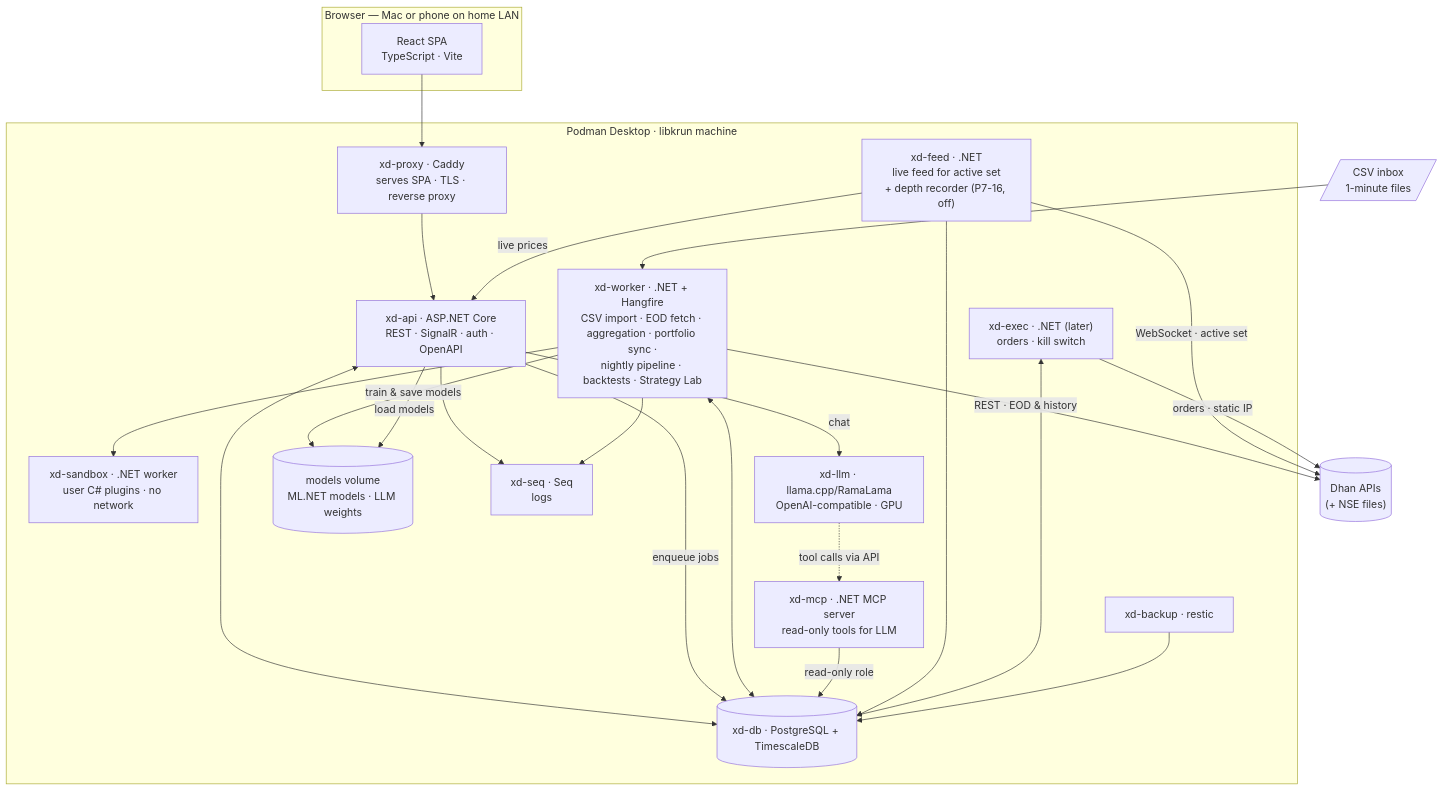
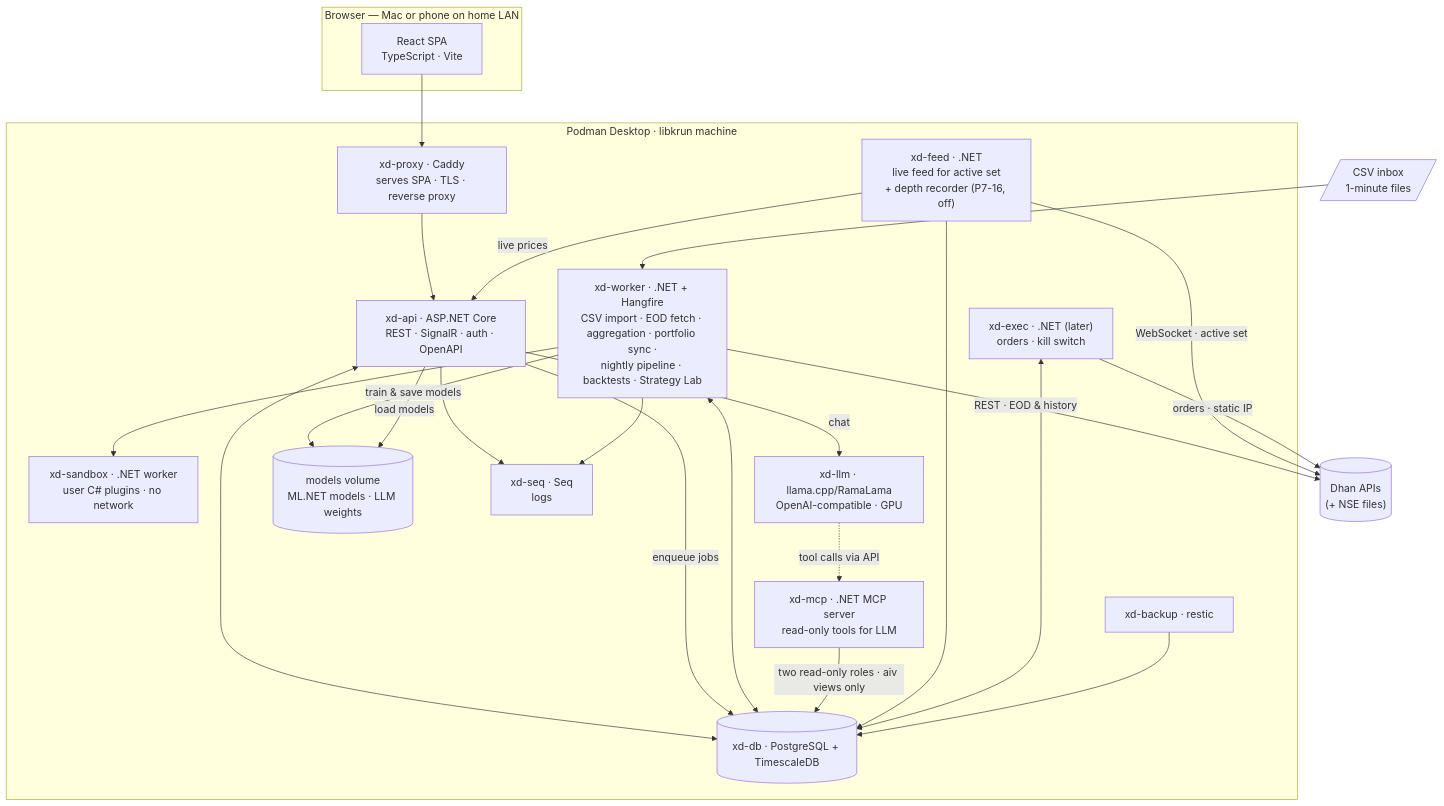
Before and after one commit to hemsingh81/xDrishti: the first of 2 diagrams in docs/design/03-target-architecture.md, drawn with Mermaid. The commit also changed other lines of this file and 117 other files, not shown here.

First line of the commit message:
P9-02: xd-mcp read-only tool server, two read-only database roles and the aiv views (ADR 0137)

````diff
--- a/docs/design/03-target-architecture.md
+++ b/docs/design/03-target-architecture.md
@@ -12,44 +12,44 @@
 ```mermaid
 flowchart TB
     subgraph Browser["Browser — Mac or phone on home LAN"]
         WEB["React SPA<br/>TypeScript · Vite"]
     end
 
     subgraph Podman["Podman Desktop · libkrun machine"]
         PROXY["xd-proxy · Caddy<br/>serves SPA · TLS · reverse proxy"]
         API["xd-api · ASP.NET Core<br/>REST · SignalR · auth · OpenAPI"]
         WORKER["xd-worker · .NET + Hangfire<br/>CSV import · EOD fetch · aggregation · portfolio sync ·<br/>nightly pipeline · backtests · Strategy Lab"]
         SANDBOX["xd-sandbox · .NET worker<br/>user C# plugins · no network"]
         MCP["xd-mcp · .NET MCP server<br/>read-only tools for LLM"]
         LLM["xd-llm · llama.cpp/RamaLama<br/>OpenAI-compatible · GPU"]
         DB[("xd-db · PostgreSQL + TimescaleDB")]
         VOL[("models volume<br/>ML.NET models · LLM weights")]
         SEQ["xd-seq · Seq<br/>logs"]
         BAK["xd-backup · restic"]
         FEED["xd-feed · .NET<br/>live feed for active set<br/>+ depth recorder (P7-16, off)"]
         EXEC["xd-exec · .NET (later)<br/>orders · kill switch"]
     end
 
     BROKERS[("Dhan APIs<br/>(+ NSE files)")]
     INBOX[/"CSV inbox<br/>1-minute files"/]
 
     WEB --> PROXY --> API
     API <--> DB
     API -->|enqueue jobs| DB
     WORKER <--> DB
     WORKER --> SANDBOX
     WORKER -->|train & save models| VOL
     API -->|load models| VOL
     API -->|chat| LLM
     LLM -. tool calls via API .-> MCP
-    MCP -->|read-only role| DB
+    MCP -->|two read-only roles · aiv views only| DB
     WORKER -->|REST · EOD & history| BROKERS
     INBOX --> WORKER
     FEED -->|WebSocket · active set| BROKERS
     FEED -->|live prices| API
     EXEC -->|orders · static IP| BROKERS
     FEED --> DB
     EXEC <--> DB
     API & WORKER --> SEQ
     BAK --> DB
 ```
````
